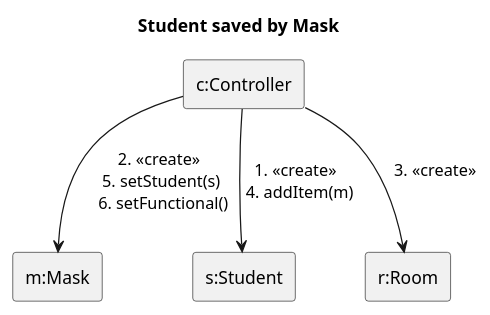
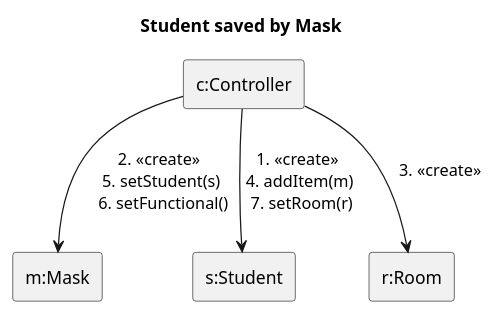
Before and after one commit to MBakter/echo: the diagram in docs/communication_diagrams/mask_save.plantuml, drawn with PlantUML. The commit also changed 8 other files, not shown here.

```diff
--- a/docs/communication_diagrams/mask_save.plantuml
+++ b/docs/communication_diagrams/mask_save.plantuml
@@ -1,13 +1,13 @@
 @startuml ser
 title Student saved by Mask
 rectangle "c:Controller" as c
 rectangle "m:Mask" as m
 rectangle "s:Student" as s
 rectangle "r:Room" as r
 
 c --> r : 3. <<create>> \n
-c --> s: 1. <<create>> \n 4. addItem(m)
+c --> s: 1. <<create>> \n 4. addItem(m) \n 7. setRoom(r)
 c --> m : 2. <<create>> \n 5. setStudent(s) \n 6. setFunctional()
 
 
 @enduml
```
